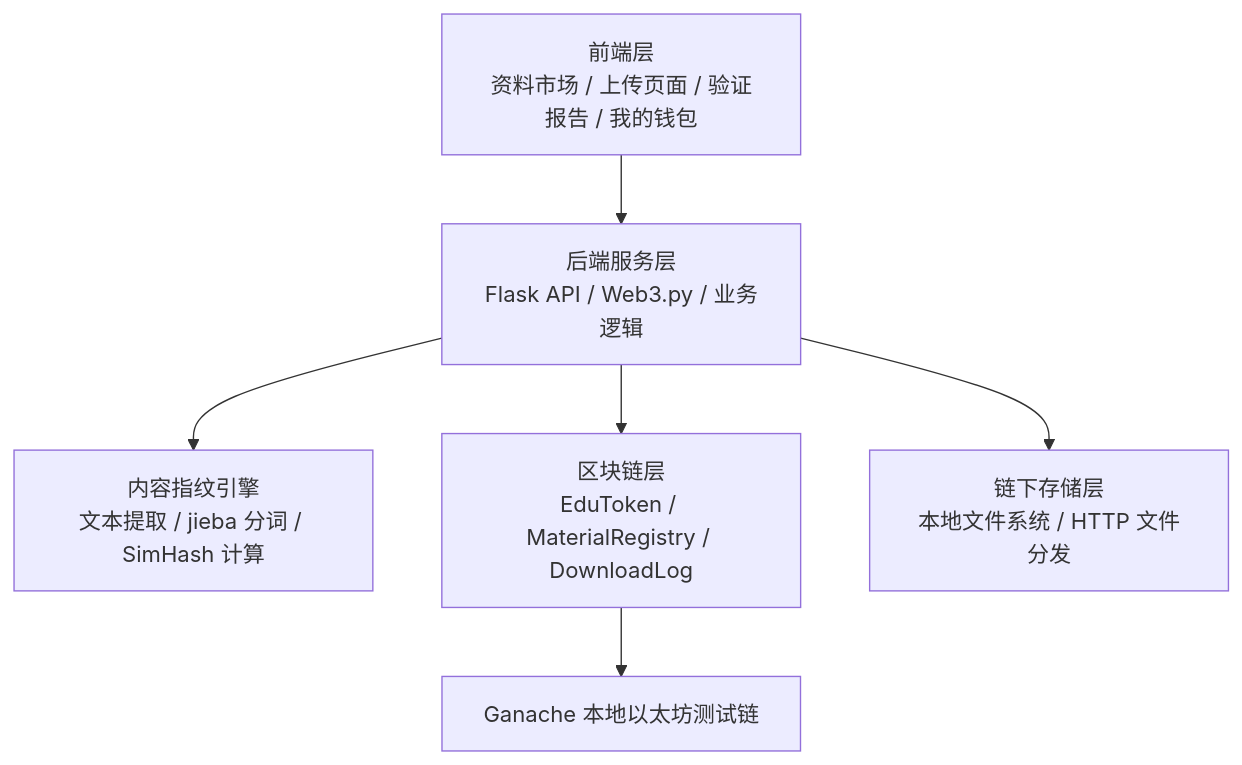
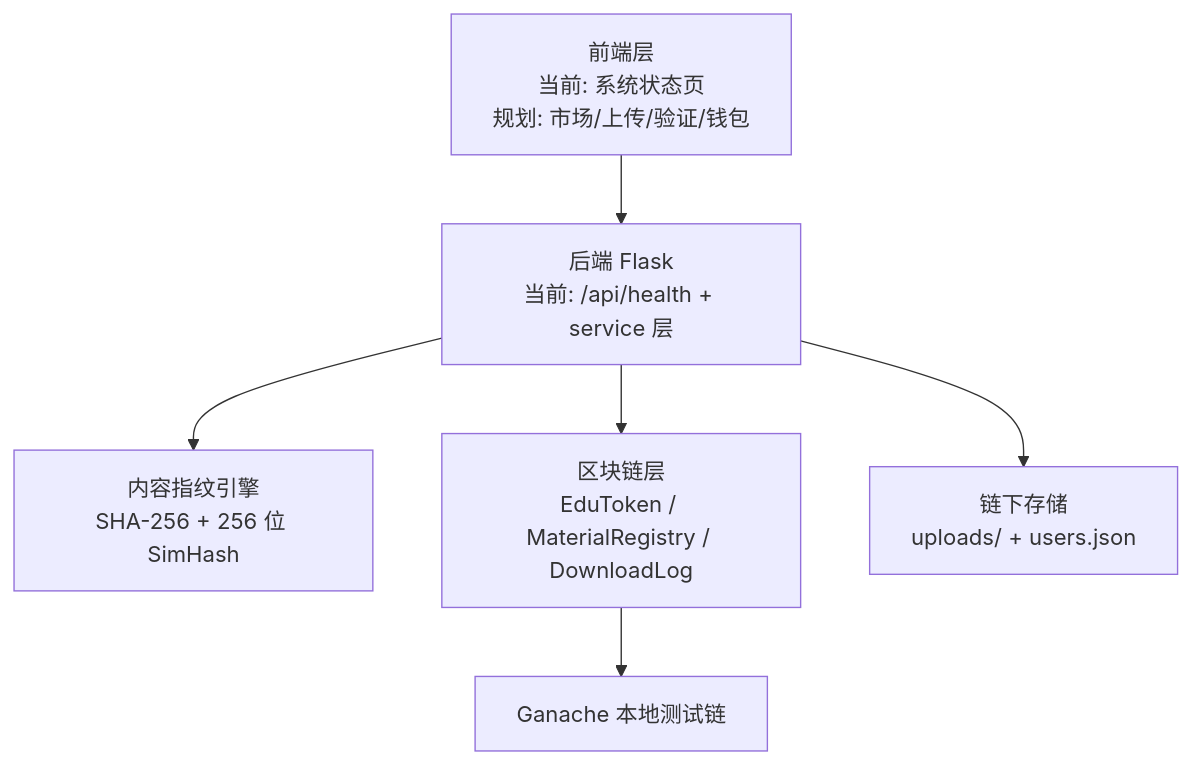
One commit to ChunJiangWuYueMing/EduChain changed the diagram in README.md. Above: the diagram before and after it, drawn with Mermaid. The commit also changed other lines of this file and 16 other files, not shown here.

````diff
--- a/README.md
+++ b/README.md
@@ -115,8 +48,8 @@
 ```mermaid
 flowchart TD
-    A["前端层<br/>资料市场 / 上传页面 / 验证报告 / 我的钱包"] --> B["后端服务层<br/>Flask API / Web3.py / 业务逻辑"]
-    B --> C["内容指纹引擎<br/>文本提取 / jieba 分词 / SimHash 计算"]
+    A["前端层<br/>当前: 系统状态页<br/>规划: 市场/上传/验证/钱包"] --> B["后端 Flask<br/>当前: /api/health + service 层"]
+    B --> C["内容指纹引擎<br/>SHA-256 + 256 位 SimHash"]
     B --> D["区块链层<br/>EduToken / MaterialRegistry / DownloadLog"]
-    B --> E["链下存储层<br/>本地文件系统 / HTTP 文件分发"]
-    D --> F["Ganache 本地以太坊测试链"]
+    B --> E["链下存储<br/>uploads/ + users.json"]
+    D --> F["Ganache 本地测试链"]
 ```
````
